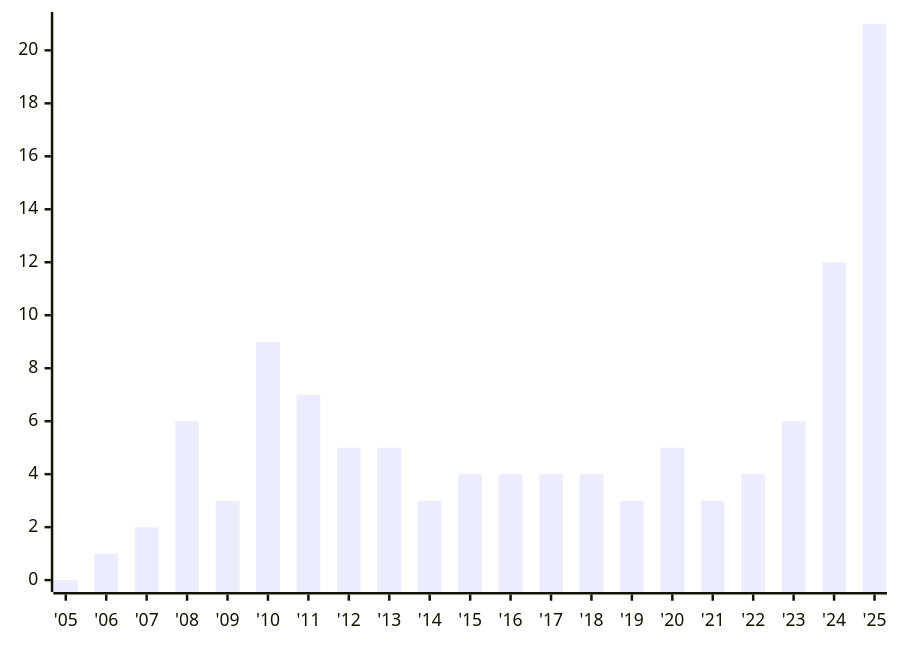
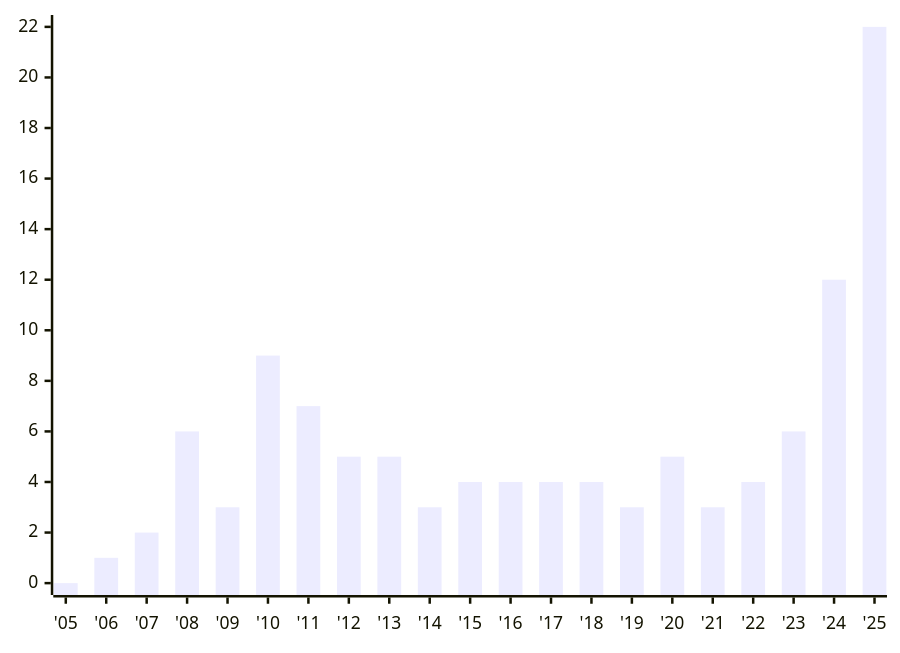
One commit to austrellum/navigator changed the second of 4 diagrams in index.stats.md. Above: the diagram before and after it, drawn with Mermaid. The commit also changed other lines of this file and 8 other files, not shown here.

````diff
--- a/index.stats.md
+++ b/index.stats.md
@@ -18,6 +18,6 @@
 ```mermaid
 xychart-beta
   x-axis ["'05","'06","'07","'08","'09","'10","'11","'12","'13","'14","'15","'16","'17","'18","'19","'20","'21","'22","'23","'24","'25"]
-  y-axis 0 --> 21
-  bar [0,1,2,6,3,9,7,5,5,3,4,4,4,4,3,5,3,4,6,12,21]
+  y-axis 0 --> 22
+  bar [0,1,2,6,3,9,7,5,5,3,4,4,4,4,3,5,3,4,6,12,22]
 ```
````
